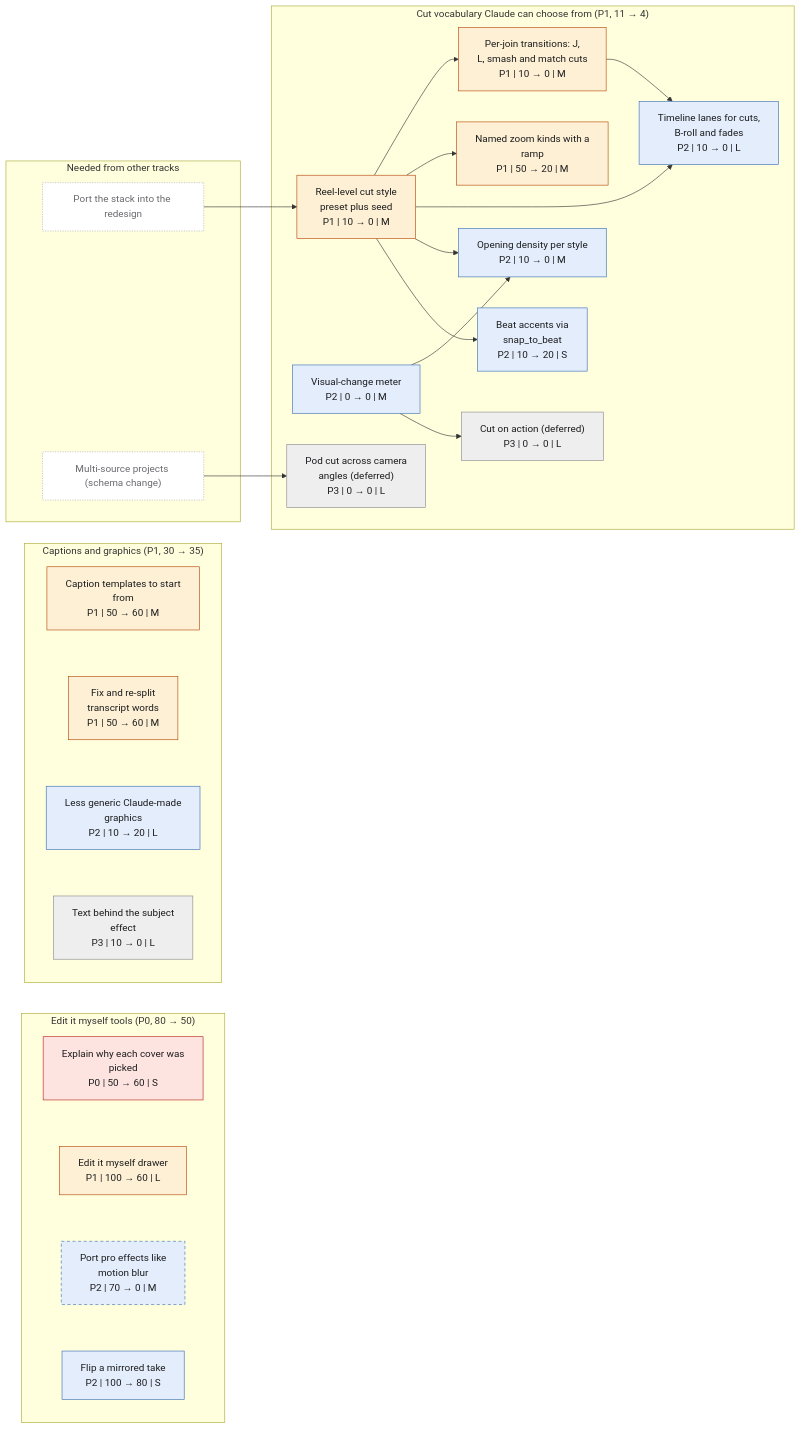
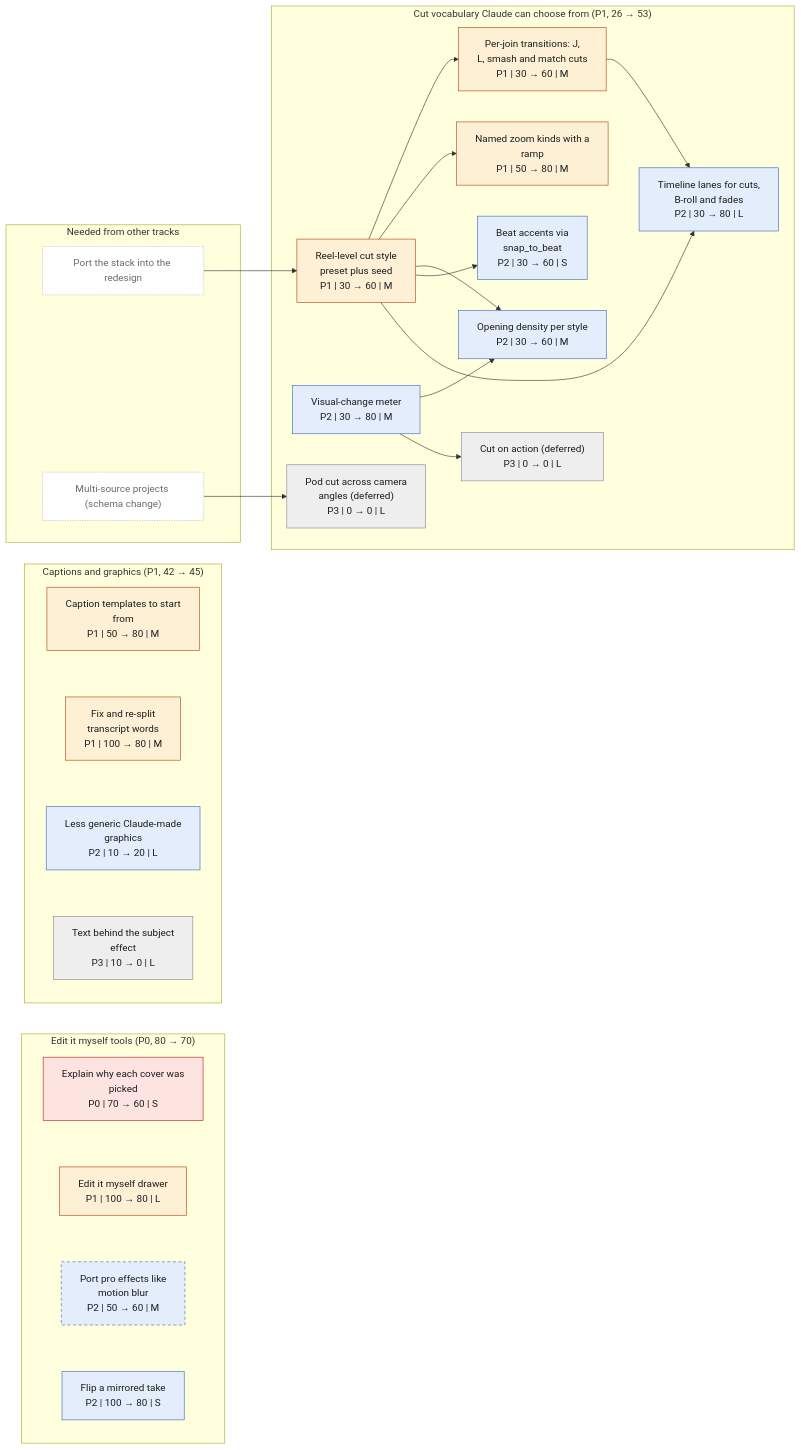
Before and after one commit to SamGu-NRX/reel-studio-app: the sixth of 8 diagrams in roadmap-graphs.md, drawn with Mermaid. The commit also changed other lines of this file and 7 other files, not shown here.

First line of the commit message:
docs: roadmap snapshot 2026-11-05

````diff
--- a/roadmap-graphs.md
+++ b/roadmap-graphs.md
@@ -292,56 +297,57 @@
 ```mermaid
 flowchart LR
-    subgraph n_cut_vocab_g["Cut vocabulary Claude can choose from (P1, 11 → 4)"]
-        n_fast_cut_jcuts["Per-join transitions: J,<br/>L, smash and match cuts<br/>P1 | 10 → 0 | M"]
-        n_cv_style_seed["Reel-level cut style<br/>preset plus seed<br/>P1 | 10 → 0 | M"]
-        n_cv_zoom_kinds["Named zoom kinds with a<br/>ramp<br/>P1 | 50 → 20 | M"]
-        n_timeline_ab_roll["Timeline lanes for cuts,<br/>B-roll and fades<br/>P2 | 10 → 0 | L"]
-        n_cv_change_meter["Visual-change meter<br/>P2 | 0 → 0 | M"]
-        n_cv_opening_density["Opening density per style<br/>P2 | 10 → 0 | M"]
-        n_cv_beat_accents["Beat accents via<br/>snap_to_beat<br/>P2 | 10 → 20 | S"]
+    subgraph n_cut_vocab_g["Cut vocabulary Claude can choose from (P1, 26 → 53)"]
+        n_fast_cut_jcuts["Per-join transitions: J,<br/>L, smash and match cuts<br/>P1 | 30 → 60 | M"]
+        n_cv_style_seed["Reel-level cut style<br/>preset plus seed<br/>P1 | 30 → 60 | M"]
+        n_cv_zoom_kinds["Named zoom kinds with a<br/>ramp<br/>P1 | 50 → 80 | M"]
+        n_cv_opening_density["Opening density per style<br/>P2 | 30 → 60 | M"]
+        n_cv_beat_accents["Beat accents via<br/>snap_to_beat<br/>P2 | 30 → 60 | S"]
+        n_timeline_ab_roll["Timeline lanes for cuts,<br/>B-roll and fades<br/>P2 | 30 → 80 | L"]
+        n_cv_change_meter["Visual-change meter<br/>P2 | 30 → 80 | M"]
         n_cv_pod_cut["Pod cut across camera<br/>angles (deferred)<br/>P3 | 0 → 0 | L"]
         n_cv_cut_on_action["Cut on action (deferred)<br/>P3 | 0 → 0 | L"]
     end
-    subgraph n_ep_editing_g["Edit it myself tools (P0, 80 → 50)"]
-        n_cover_reasons["Explain why each cover was<br/>picked<br/>P0 | 50 → 60 | S"]
-        n_edit_it_myself["Edit it myself drawer<br/>P1 | 100 → 60 | L"]
-        n_pro_effects["Port pro effects like<br/>motion blur<br/>P2 | 70 → 0 | M"]
+    subgraph n_ep_editing_g["Edit it myself tools (P0, 80 → 70)"]
+        n_cover_reasons["Explain why each cover was<br/>picked<br/>P0 | 70 → 60 | S"]
+        n_edit_it_myself["Edit it myself drawer<br/>P1 | 100 → 80 | L"]
+        n_pro_effects["Port pro effects like<br/>motion blur<br/>P2 | 50 → 60 | M"]
         n_mirror_flip["Flip a mirrored take<br/>P2 | 100 → 80 | S"]
     end
-    subgraph n_ep_captions_g["Captions and graphics (P1, 30 → 35)"]
-        n_caption_looks["Caption templates to start<br/>from<br/>P1 | 50 → 60 | M"]
-        n_transcript_editing["Fix and re-split<br/>transcript words<br/>P1 | 50 → 60 | M"]
+    subgraph n_ep_captions_g["Captions and graphics (P1, 42 → 45)"]
+        n_caption_looks["Caption templates to start<br/>from<br/>P1 | 50 → 80 | M"]
+        n_transcript_editing["Fix and re-split<br/>transcript words<br/>P1 | 100 → 80 | M"]
         n_richer_graphics["Less generic Claude-made<br/>graphics<br/>P2 | 10 → 20 | L"]
         n_text_behind_subject["Text behind the subject<br/>effect<br/>P3 | 10 → 0 | L"]
     end
     subgraph other_g["Needed from other tracks"]
         n_fn_port["Port the stack into the redesign"]
         n_mc_sources["Multi-source projects (schema change)"]
     end
     n_cv_style_seed --> n_fast_cut_jcuts
     n_fn_port --> n_cv_style_seed
     n_cv_style_seed --> n_cv_zoom_kinds
-    n_cv_style_seed --> n_timeline_ab_roll
-    n_fast_cut_jcuts --> n_timeline_ab_roll
     n_cv_style_seed --> n_cv_opening_density
     n_cv_change_meter --> n_cv_opening_density
     n_cv_style_seed --> n_cv_beat_accents
+    n_cv_style_seed --> n_timeline_ab_roll
+    n_fast_cut_jcuts --> n_timeline_ab_roll
     n_mc_sources --> n_cv_pod_cut
     n_cv_change_meter --> n_cv_cut_on_action
     n_cover_reasons ~~~ n_edit_it_myself ~~~ n_pro_effects ~~~ n_mirror_flip
     n_caption_looks ~~~ n_transcript_editing ~~~ n_richer_graphics ~~~ n_text_behind_subject
     classDef p0 fill:#fde4e1,stroke:#b42318,color:#1d1d1f
     classDef p1 fill:#fdf0d5,stroke:#b54708,color:#1d1d1f
     classDef p2 fill:#e3edfb,stroke:#3b6fb6,color:#1d1d1f
     classDef p3 fill:#eeeeef,stroke:#8a8a8f,color:#1d1d1f
+    classDef dropped fill:#ffffff,stroke:#b0b0b5,color:#8a8a8f
     classDef outside fill:#ffffff,stroke:#b0b0b5,color:#6b6b70,stroke-dasharray:2 2
     classDef blocker fill:#ffffff,stroke:#6b6b70,color:#1d1d1f,stroke-dasharray:5 4
     classDef waits stroke-dasharray:5 4
     classDef hardest stroke:#7a1010,stroke-width:4px
     class n_fast_cut_jcuts,n_cv_style_seed,n_cv_zoom_kinds,n_edit_it_myself,n_caption_looks,n_transcript_editing p1
-    class n_timeline_ab_roll,n_cv_change_meter,n_cv_opening_density,n_cv_beat_accents,n_pro_effects,n_mirror_flip,n_richer_graphics p2
+    class n_cv_opening_density,n_cv_beat_accents,n_timeline_ab_roll,n_cv_change_meter,n_pro_effects,n_mirror_flip,n_richer_graphics p2
     class n_cv_pod_cut,n_cv_cut_on_action,n_text_behind_subject p3
     class n_cover_reasons p0
     class n_pro_effects waits
     class n_fn_port,n_mc_sources outside
 ```
````
